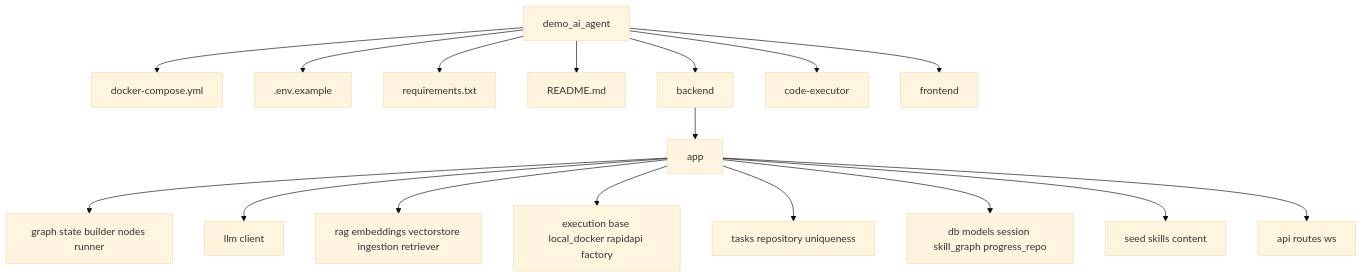
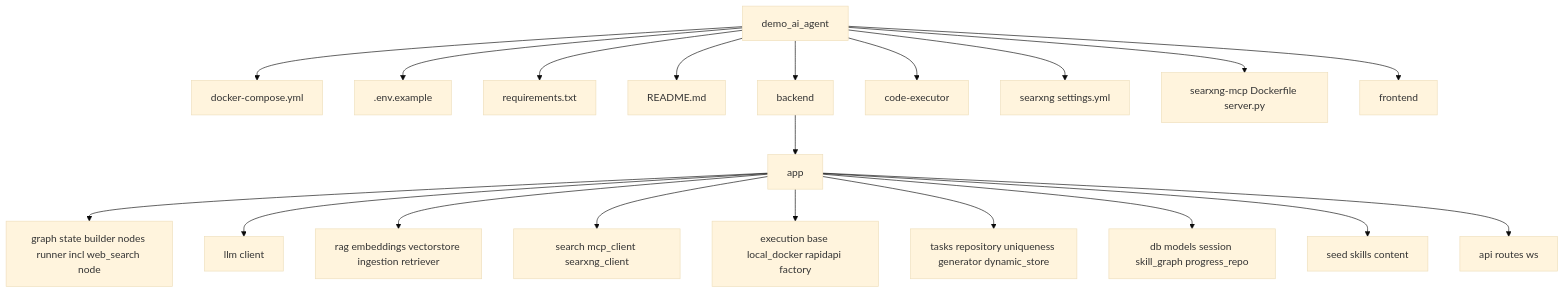
The fifth of 5 diagrams in README.md (dmitrygashnikov/demo_ai_agent), drawn with Mermaid (base theme) before and after one commit. The commit also changed other lines of this file and 35 other files, not shown here.

````diff
--- a/README.md
+++ b/README.md
@@ -169,20 +210,23 @@
 ```mermaid
 graph TD
     ROOT[demo_ai_agent] --> COMPOSE[docker-compose.yml]
     ROOT --> ENV[.env.example]
     ROOT --> REQ[requirements.txt]
     ROOT --> RM[README.md]
     ROOT --> BE[backend]
     ROOT --> EXEC[code-executor]
+    ROOT --> SX[searxng settings.yml]
+    ROOT --> SXMCP[searxng-mcp Dockerfile server.py]
     ROOT --> FE[frontend]
 
     BE --> BEAPP[app]
-    BEAPP --> GR[graph state builder nodes runner]
+    BEAPP --> GR[graph state builder nodes runner incl web_search node]
     BEAPP --> LLMD[llm client]
     BEAPP --> RAG[rag embeddings vectorstore ingestion retriever]
+    BEAPP --> SEARCH[search mcp_client searxng_client]
     BEAPP --> EX[execution base local_docker rapidapi factory]
-    BEAPP --> TK[tasks repository uniqueness]
+    BEAPP --> TK[tasks repository uniqueness generator dynamic_store]
     BEAPP --> DB[db models session skill_graph progress_repo]
     BEAPP --> SEED[seed skills content]
     BEAPP --> APIM[api routes ws]
 ```
````
